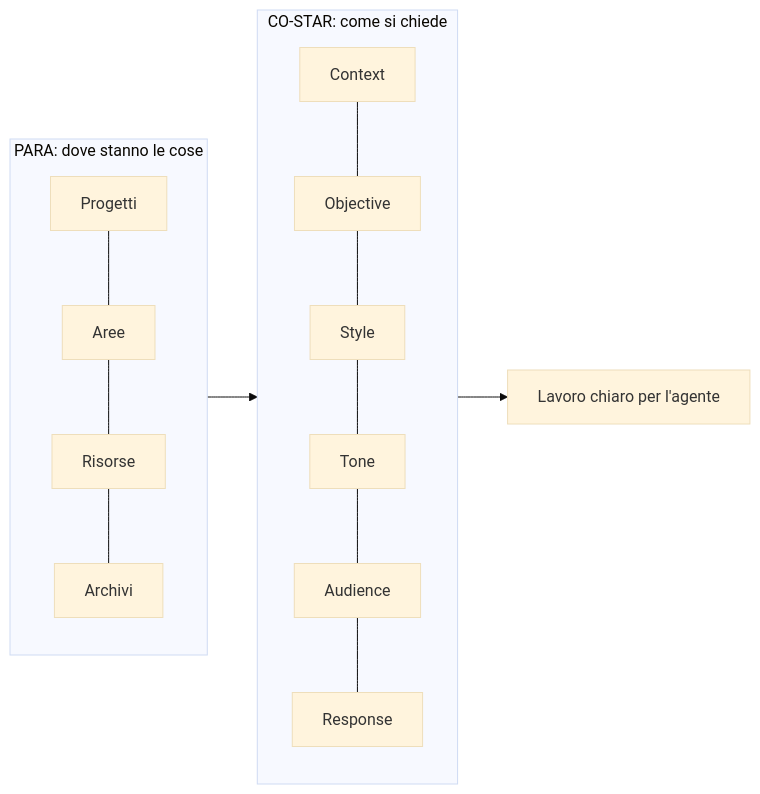
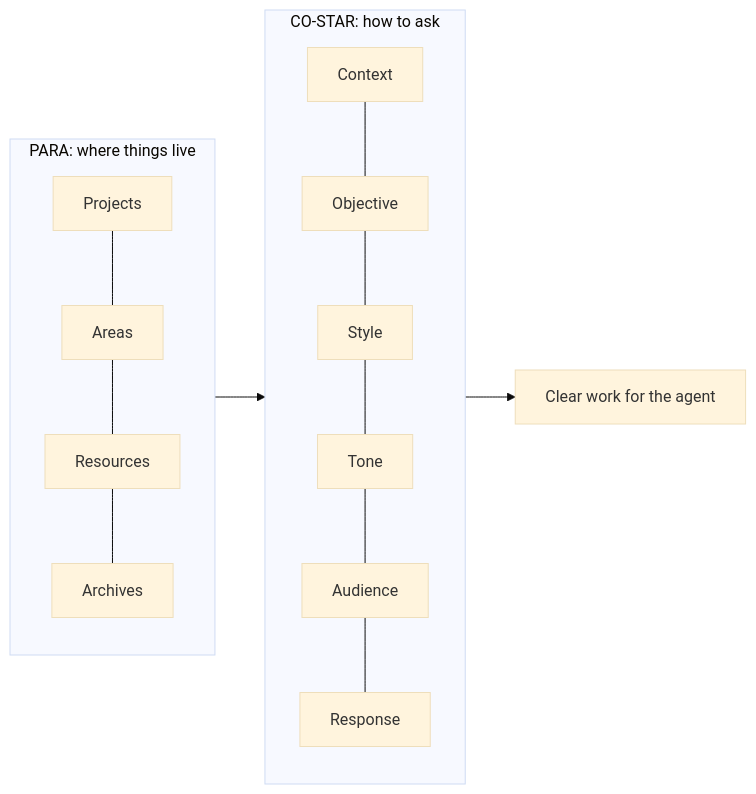
One commit to dennidalpos/secondbrain changed the second of 2 diagrams in README.md. Above: the diagram before and after it, drawn with Mermaid (base theme). The commit also changed other lines of this file and 20 other files, not shown here.

````diff
--- a/README.md
+++ b/README.md
@@ -42,10 +44,10 @@
 ```mermaid
 flowchart LR
-    subgraph PARA["PARA: dove stanno le cose"]
-        P1["Progetti"] --- P2["Aree"] --- P3["Risorse"] --- P4["Archivi"]
+    subgraph PARA["PARA: where things live"]
+        P1["Projects"] --- P2["Areas"] --- P3["Resources"] --- P4["Archives"]
     end
-    subgraph COSTAR["CO-STAR: come si chiede"]
+    subgraph COSTAR["CO-STAR: how to ask"]
         C1["Context"] --- C2["Objective"] --- C3["Style"] --- C4["Tone"] --- C5["Audience"] --- C6["Response"]
     end
-    PARA --> COSTAR --> R["Lavoro chiaro per l'agente"]
+    PARA --> COSTAR --> R["Clear work for the agent"]
 ```
````
